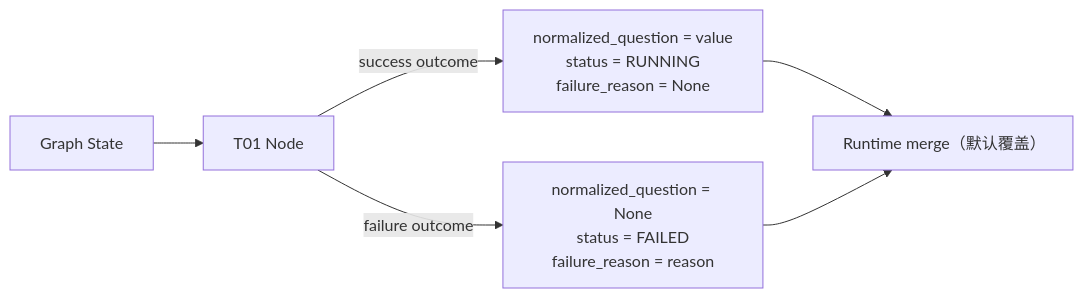
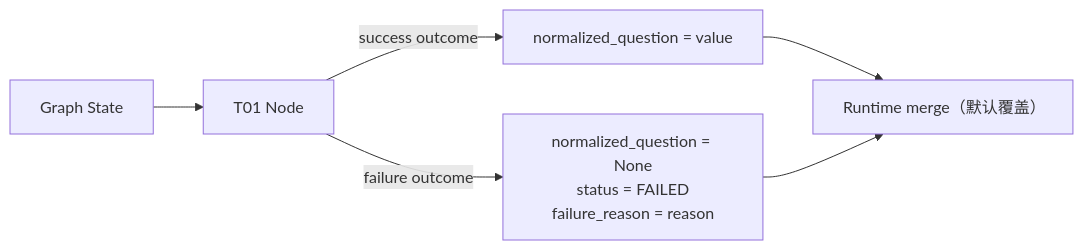
Before and after one commit to AnRun-M/enterprise-ai-agent-handbook: the second of 3 diagrams in docs/04-text2sql/ch19-input-normalization-intent.md, drawn with Mermaid. The commit also changed other lines of this file and 4 other files, not shown here.

````diff
--- a/docs/04-text2sql/ch19-input-normalization-intent.md
+++ b/docs/04-text2sql/ch19-input-normalization-intent.md
@@ -116,8 +141,8 @@
 ```mermaid
 flowchart LR
     S["Graph State"] --> N["T01 Node"]
-    N -->|"success outcome"| U1["normalized_question = value<br/>status = RUNNING<br/>failure_reason = None"]
+    N -->|"success outcome"| U1["normalized_question = value"]
     N -->|"failure outcome"| U2["normalized_question = None<br/>status = FAILED<br/>failure_reason = reason"]
     U1 --> M["Runtime merge（默认覆盖）"]
     U2 --> M
 ```
````
